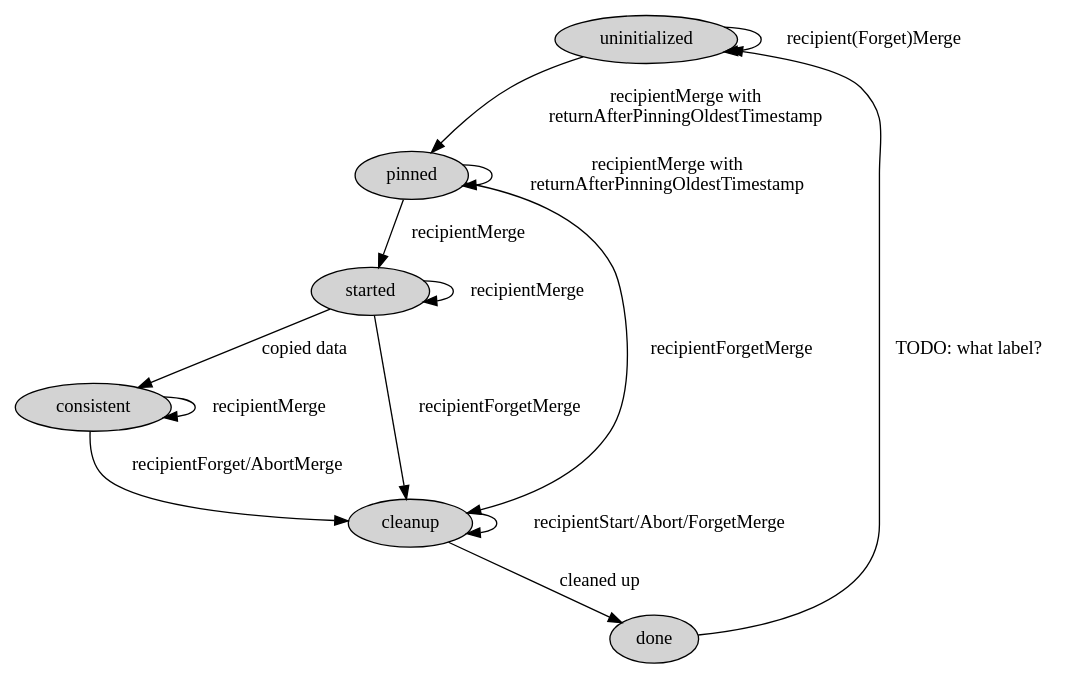
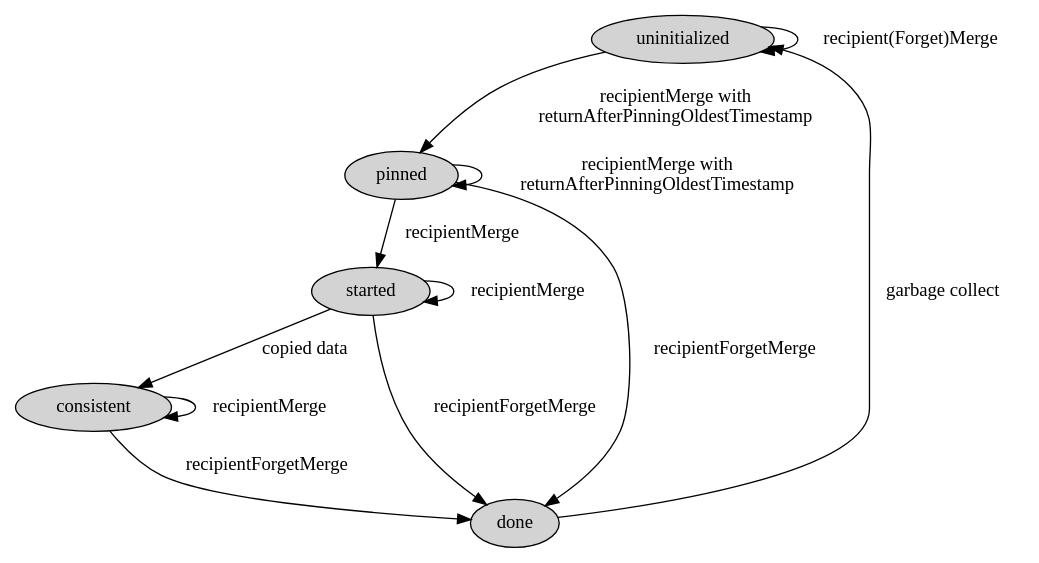
The diagram in merge-recipient.dot (ajdavis/begin-implementing-merge), drawn with Graphviz before and after one commit.

Commit message:
remove R "cleanup" state
we're not making large changes to R yet

```diff
--- a/merge-recipient.dot
+++ b/merge-recipient.dot
@@ -1,22 +1,19 @@
 digraph G {
 	node [style=filled];
     b0 [label="uninitialized"];
     b5 [label="pinned"];
     b1 [label="started"];
     b2 [label="consistent"];
-    b3 [label="cleanup"];
     b4 [label="done"];
     b0 -> b0 [label="recipient(Forget)Merge"];
     b0 -> b5 [label="recipientMerge with\nreturnAfterPinningOldestTimestamp"];
     b5 -> b1 [label="recipientMerge"];
-    b5 -> b3 [label="recipientForgetMerge"];
+    b5 -> b4 [label="recipientForgetMerge"];
     b5 -> b5 [label="recipientMerge with\nreturnAfterPinningOldestTimestamp"];
     b1 -> b2 [label="copied data"];
     b1 -> b1 [label="recipientMerge"];
-    b1 -> b3 [label="recipientForgetMerge"];
-    b2 -> b3 [label="recipientForget/AbortMerge"];
+    b1 -> b4 [label="recipientForgetMerge"];
     b2 -> b2 [label="recipientMerge"];
-    b3 -> b3 [label="recipientStart/Abort/ForgetMerge"];
-    b3 -> b4 [label="cleaned up"];
-    b4 -> b0 [label="TODO: what label?"];
+    b2 -> b4 [label="recipientForgetMerge"];
+    b4 -> b0 [label="garbage collect"];
 }
```
